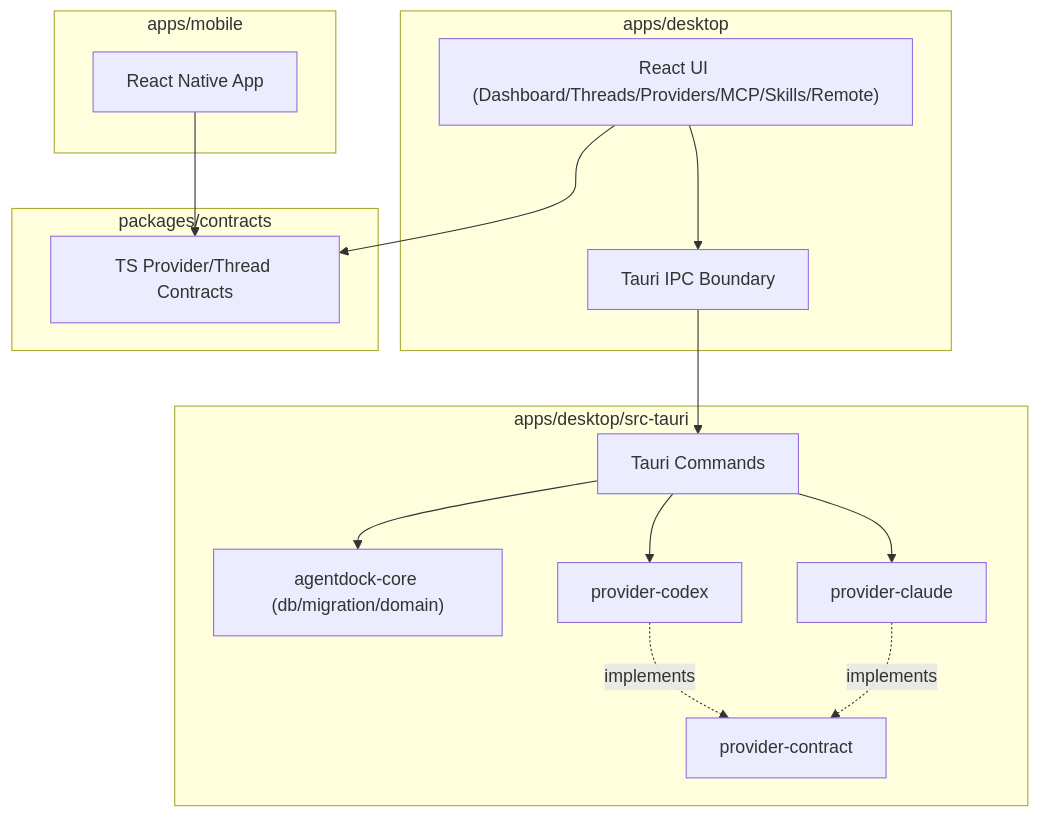
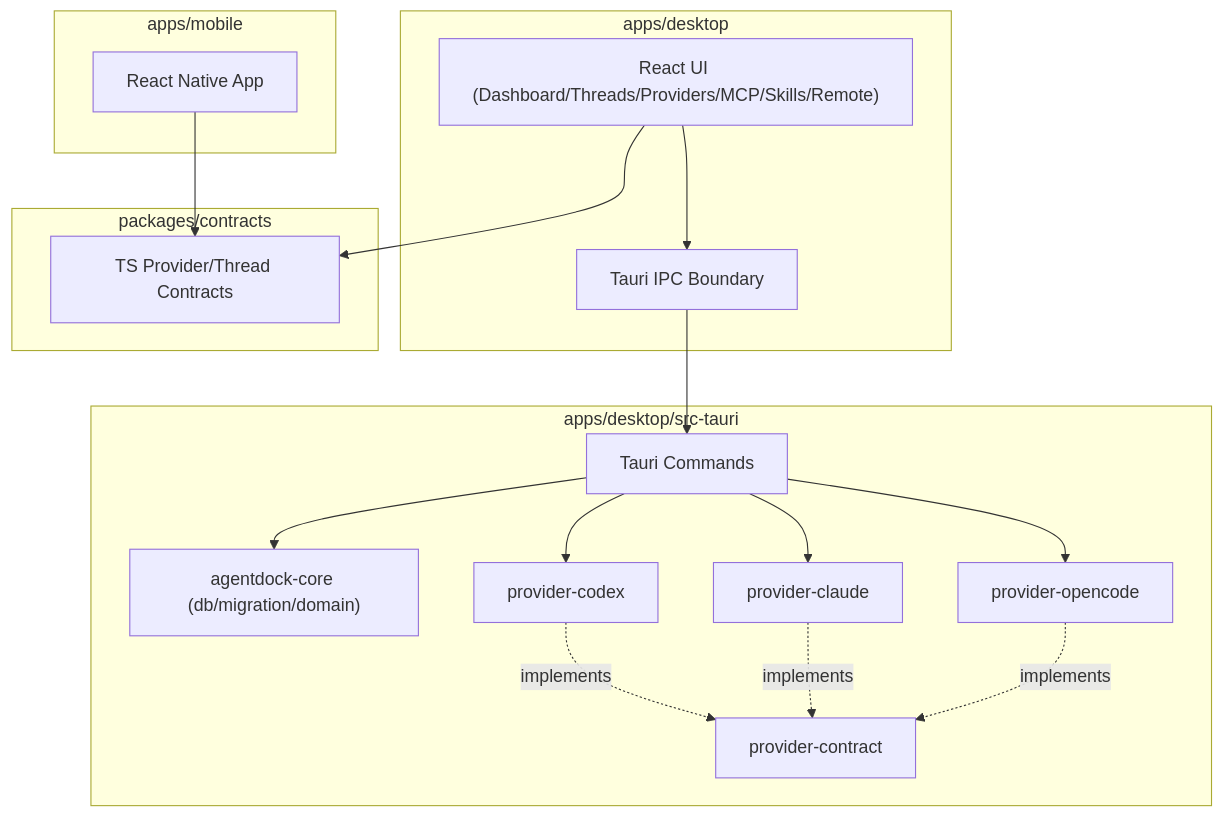
One commit to MrPandaRun/agentdock changed the second of 7 diagrams in Architecture-AgentDock-v1.md. Above: the diagram before and after it, drawn with Mermaid. The commit also changed other lines of this file and 30 other files, not shown here.

````diff
--- a/Architecture-AgentDock-v1.md
+++ b/Architecture-AgentDock-v1.md
@@ -64,33 +79,36 @@
 ```mermaid
 flowchart TB
     subgraph Desktop["apps/desktop"]
       UI["React UI (Dashboard/Threads/Providers/MCP/Skills/Remote)"]
       IPC["Tauri IPC Boundary"]
       UI --> IPC
     end
 
     subgraph Host["apps/desktop/src-tauri"]
       CMD["Tauri Commands"]
       CORE["agentdock-core (db/migration/domain)"]
       PC["provider-contract"]
       COD["provider-codex"]
       CLA["provider-claude"]
+      OPC["provider-opencode"]
       CMD --> CORE
       CMD --> COD
       CMD --> CLA
+      CMD --> OPC
       COD -.implements.-> PC
       CLA -.implements.-> PC
+      OPC -.implements.-> PC
     end
 
     subgraph Shared["packages/contracts"]
       TS_CONTRACT["TS Provider/Thread Contracts"]
     end
 
     subgraph Mobile["apps/mobile"]
       RN["React Native App"]
     end
 
     UI --> TS_CONTRACT
     RN --> TS_CONTRACT
     IPC --> CMD
 ```
````
